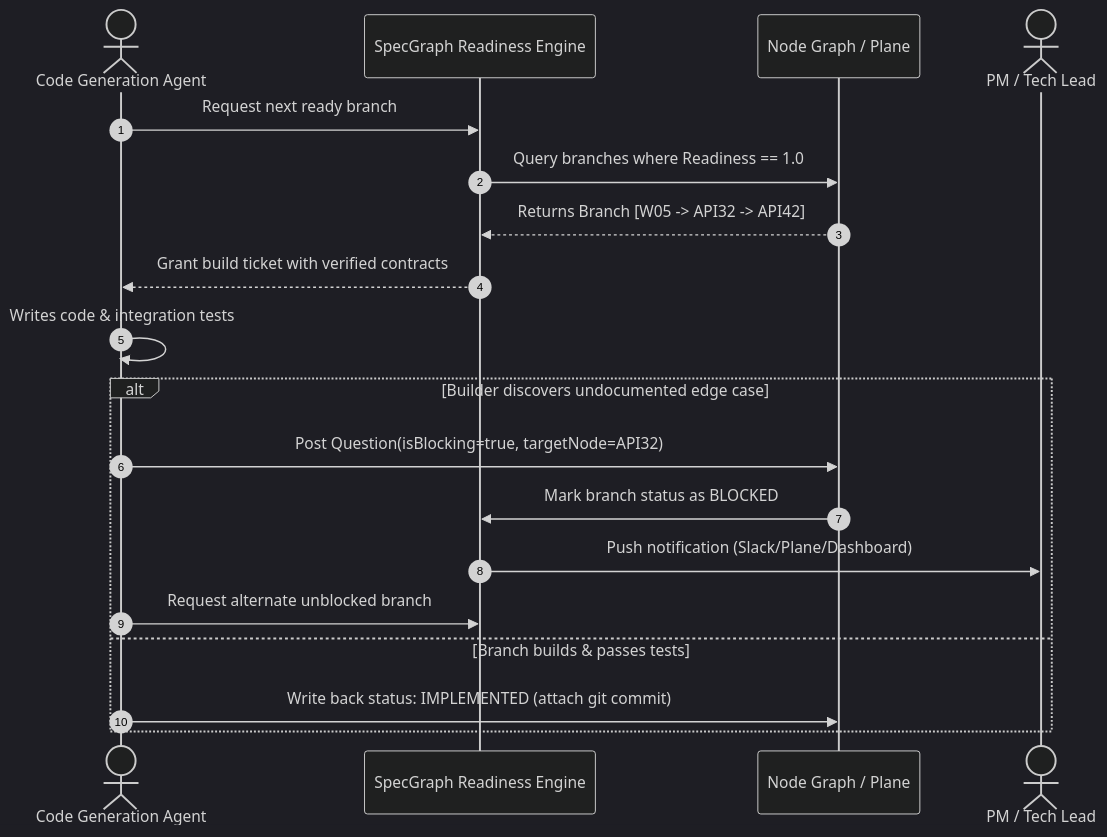
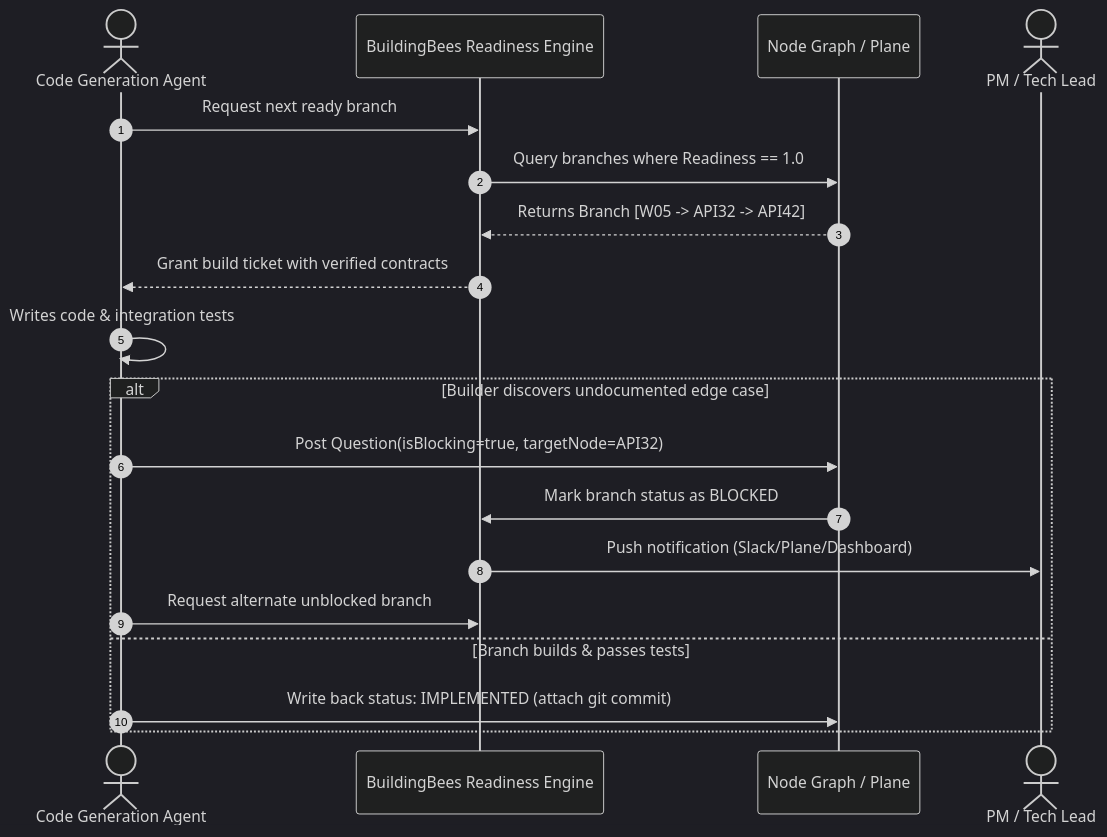
The diagram in second_brain/03_Socratic_Question_Engine_and_Stop_Rules.md (anuroopanand7/buildingbees), drawn with Mermaid (dark theme) before and after one commit. The commit also changed other lines of this file and 27 other files, not shown here.

````diff
--- a/second_brain/03_Socratic_Question_Engine_and_Stop_Rules.md
+++ b/second_brain/03_Socratic_Question_Engine_and_Stop_Rules.md
@@ -43,22 +43,22 @@
 ```mermaid
 sequenceDiagram
     autonumber
     actor Builder as Code Generation Agent
-    participant Engine as SpecGraph Readiness Engine
+    participant Engine as BuildingBees Readiness Engine
     participant Graph as Node Graph / Plane
     actor Human as PM / Tech Lead
 
     Builder->>Engine: Request next ready branch
     Engine->>Graph: Query branches where Readiness == 1.0
     Graph-->>Engine: Returns Branch [W05 -> API32 -> API42]
     Engine-->>Builder: Grant build ticket with verified contracts
     Builder->>Builder: Writes code & integration tests
     alt Builder discovers undocumented edge case
         Builder->>Graph: Post Question(isBlocking=true, targetNode=API32)
         Graph->>Engine: Mark branch status as BLOCKED
         Engine->>Human: Push notification (Slack/Plane/Dashboard)
         Builder->>Engine: Request alternate unblocked branch
     else Branch builds & passes tests
         Builder->>Graph: Write back status: IMPLEMENTED (attach git commit)
     end
 ```
````
